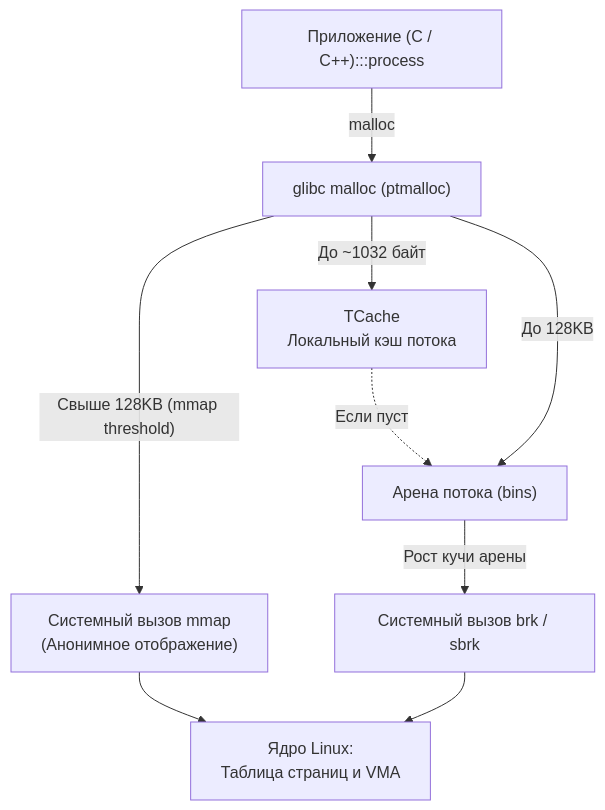
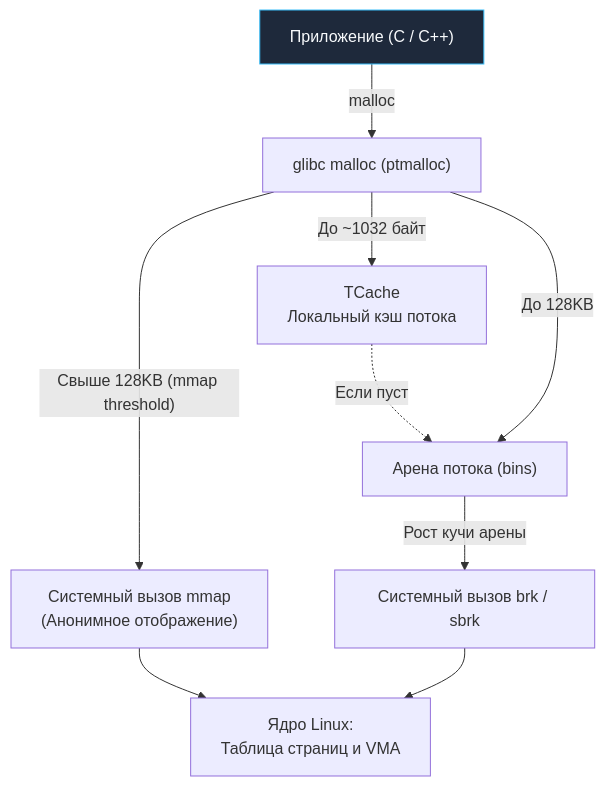
One commit to UnrealTemplier/go-textbook-ru changed the diagram in sources/2. Устройство и работа ОС/15. malloc под капотом. Откуда ОС берет память.md. Above: the diagram before and after it, drawn with Mermaid. The commit also changed 166 other files, not shown here.

First line of the commit message:
fix(mermaid): move :::class out of quoted node labels

````diff
--- a/sources/2. Устройство и работа ОС/15. malloc под капотом. Откуда ОС берет память.md
+++ b/sources/2. Устройство и работа ОС/15. malloc под капотом. Откуда ОС берет память.md
@@ -75,24 +75,24 @@
 ```mermaid
 flowchart TD
     classDef process  fill:#1e293b,stroke:#38bdf8,stroke-width:1px,color:#f8fafc
     classDef success  fill:#064e3b,stroke:#34d399,stroke-width:1px,color:#f8fafc
     classDef error    fill:#7f1d1d,stroke:#f87171,stroke-width:1px,color:#f8fafc
     classDef warning  fill:#78350f,stroke:#fbbf24,stroke-width:1px,color:#f8fafc
     classDef entry    fill:#1e3a5f,stroke:#38bdf8,stroke-width:2px,color:#f8fafc
     classDef aux      fill:#334155,stroke:#64748b,stroke-width:1px,color:#f8fafc
     classDef system   fill:#312e81,stroke:#a78bfa,stroke-width:1px,color:#f8fafc
     classDef data     fill:#132d29,stroke:#2dd4bf,stroke-width:1px,color:#f8fafc
     classDef network  fill:#881337,stroke:#fb7185,stroke-width:1px,color:#f8fafc
     classDef accent   fill:#1e1b4b,stroke:#818cf8,stroke-width:1px,color:#f8fafc
-    App["Приложение (C / C++):::process"] -->|"malloc"| Libc["glibc malloc (ptmalloc)"]
+    App["Приложение (C / C++)"]:::process -->|"malloc"| Libc["glibc malloc (ptmalloc)"]
     Libc -->|"До ~1032 байт"| Tcache["TCache
 Локальный кэш потока"]
     Tcache -.->|"Если пуст"| Arena["Арена потока (bins)"]
     Libc -->|"До 128KB"| Arena
     Arena -->|"Рост кучи арены"| Brk["Системный вызов brk / sbrk"]
     Libc -->|"Свыше 128KB (mmap threshold)"| Mmap["Системный вызов mmap
 (Анонимное отображение)"]
     Mmap --> PageTable["Ядро Linux:
 Таблица страниц и VMA"]
     Brk --> PageTable
 ```
````
